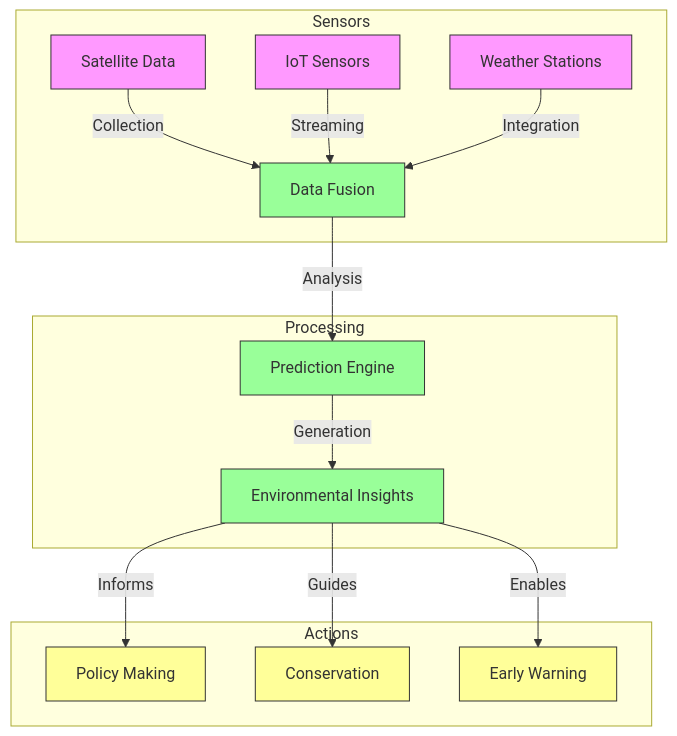
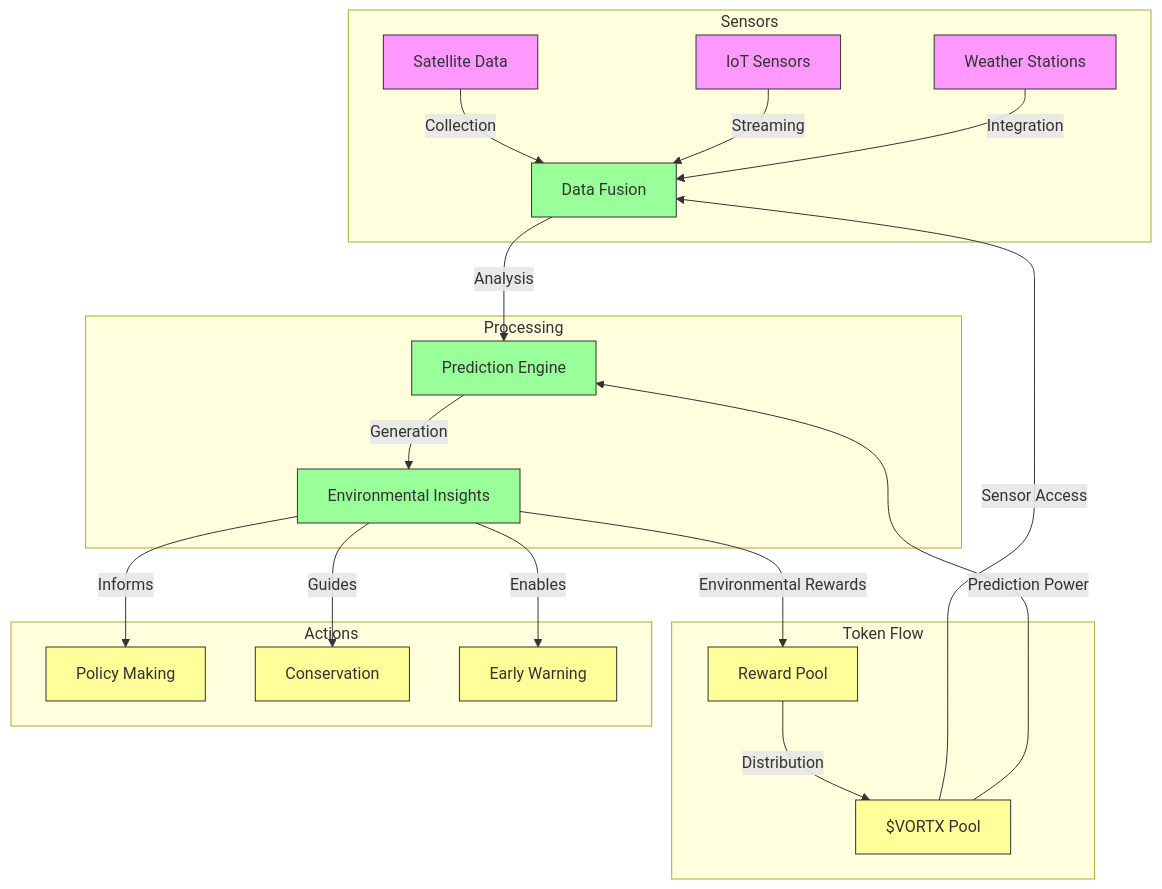
One commit to Vortx-AI/synthetic-satellite changed diagram 13 of 25 in docs/whitepapers/README.md. Above: the diagram before and after it, drawn with Mermaid. The commit also changed other lines of this file, not shown here.

````diff
--- a/docs/whitepapers/README.md
+++ b/docs/whitepapers/README.md
@@ -638,27 +656,36 @@
 ```mermaid
 graph TD
     subgraph Sensors
         M1[Satellite Data] -->|Collection| P1
         M2[IoT Sensors] -->|Streaming| P1
         M3[Weather Stations] -->|Integration| P1
     end
     
     subgraph Processing
         P1[Data Fusion] -->|Analysis| P2[Prediction Engine]
         P2 -->|Generation| P3[Environmental Insights]
     end
     
+    subgraph Token Flow
+        T1[$VORTX Pool] -->|Sensor Access| P1
+        T1 -->|Prediction Power| P2
+        P3 -->|Environmental Rewards| T2[Reward Pool]
+        T2 -->|Distribution| T1
+    end
+    
     subgraph Actions
         P3 -->|Informs| A1[Policy Making]
         P3 -->|Guides| A2[Conservation]
         P3 -->|Enables| A3[Early Warning]
     end
     
     classDef sensor fill:#f9f,stroke:#333
     classDef process fill:#9f9,stroke:#333
+    classDef token fill:#ff9,stroke:#333
     classDef action fill:#ff9,stroke:#333
     
     class M1,M2,M3 sensor
     class P1,P2,P3 process
+    class T1,T2 token
     class A1,A2,A3 action
 ```
````
